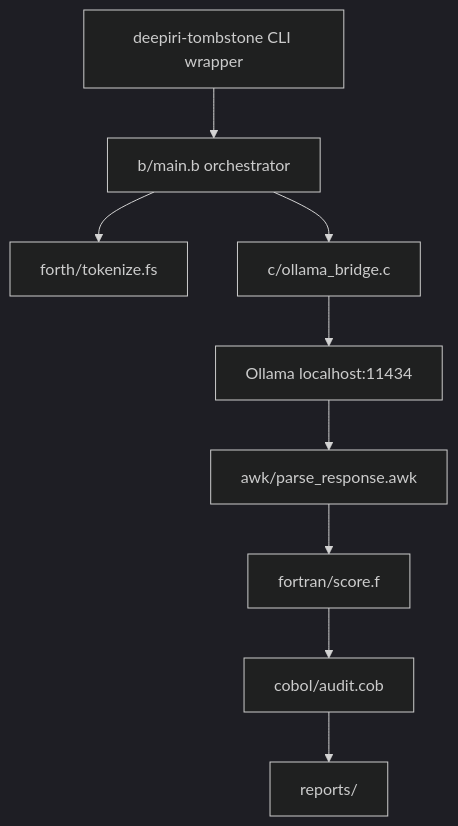
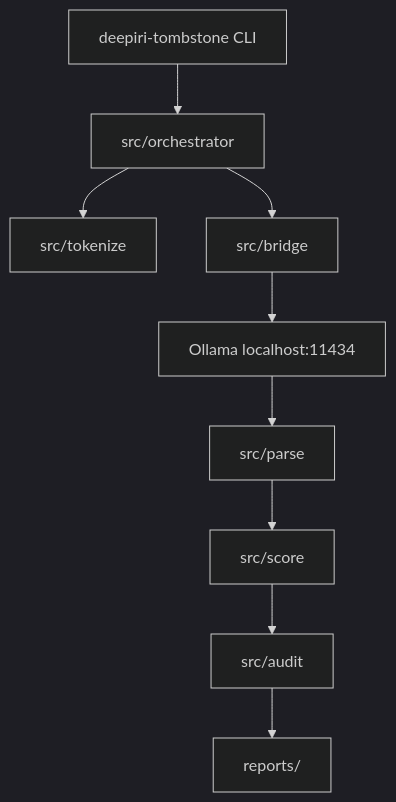
Before and after one commit to Team-Deepiri/deepiri-tombstone: the diagram in docs/ARCHITECTURE.md, drawn with Mermaid (dark theme). The commit also changed other lines of this file and 60 other files, not shown here.

````diff
--- a/docs/ARCHITECTURE.md
+++ b/docs/ARCHITECTURE.md
@@ -5,11 +5,11 @@
 ```mermaid
 flowchart TD
-    CLI[deepiri-tombstone CLI wrapper] --> B[b/main.b orchestrator]
-    B --> Forth[forth/tokenize.fs]
-    B --> CBridge[c/ollama_bridge.c]
-    CBridge --> Ollama[Ollama localhost:11434]
-    Ollama --> AWK[awk/parse_response.awk]
-    AWK --> Fortran[fortran/score.f]
-    Fortran --> COBOL[cobol/audit.cob]
-    COBOL --> Reports[reports/]
+    CLI[deepiri-tombstone CLI] --> Orch[src/orchestrator]
+    Orch --> Tokenize[src/tokenize]
+    Orch --> Bridge[src/bridge]
+    Bridge --> Ollama[Ollama localhost:11434]
+    Ollama --> Parse[src/parse]
+    Parse --> Score[src/score]
+    Score --> Audit[src/audit]
+    Audit --> Reports[reports/]
 ```
````
